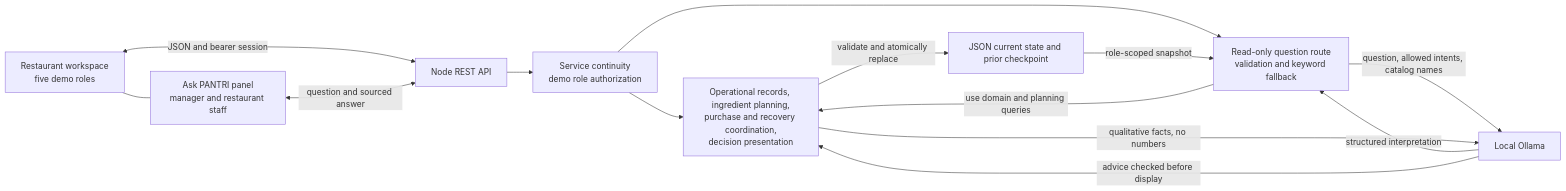
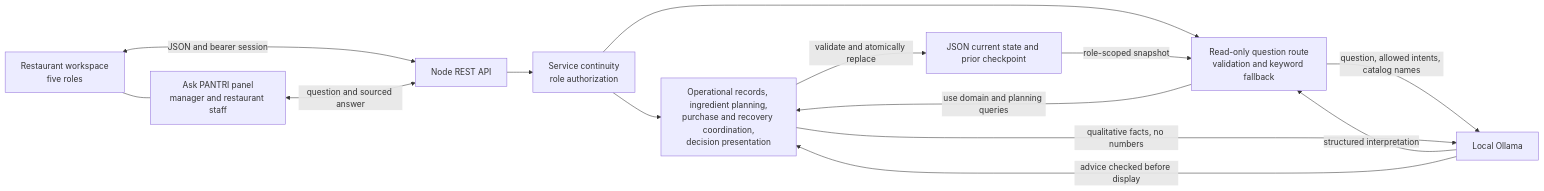
One commit to sysen5151-fall2026/team16 changed the diagram in classroom-demo/README.md. Above: the diagram before and after it, drawn with Mermaid. The commit also changed other lines of this file and 19 other files, not shown here.

```diff
--- a/classroom-demo/README.md
+++ b/classroom-demo/README.md
@@ -73,16 +73,16 @@
 ~~~mermaid
 flowchart LR
-  UI["Restaurant workspace<br/>five demo roles"] <-->|"JSON and bearer session"| HTTP["Node REST API"]
+  UI["Restaurant workspace<br/>five roles"] <-->|"JSON and bearer session"| HTTP["Node REST API"]
   UI --- Panel["Ask PANTRI panel<br/>manager and restaurant staff"]
   Panel <-->|"question and sourced answer"| HTTP
-  HTTP --> Access["Service continuity<br/>demo role authorization"]
+  HTTP --> Access["Service continuity<br/>role authorization"]
   Access --> Work["Operational records, ingredient planning,<br/>purchase and recovery coordination,<br/>decision presentation"]
   Access --> Assistant["Read-only question route<br/>validation and keyword fallback"]
   Work -->|"validate and atomically replace"| Store["JSON current state and prior checkpoint"]
   Store -->|"role-scoped snapshot"| Assistant
   Assistant -->|"use domain and planning queries"| Work
   Assistant -->|"question, allowed intents, catalog names"| Ollama
   Ollama -->|"structured interpretation"| Assistant
   Work -->|"qualitative facts, no numbers"| Ollama["Local Ollama"]
   Ollama -->|"advice checked before display"| Work
 ~~~
```
